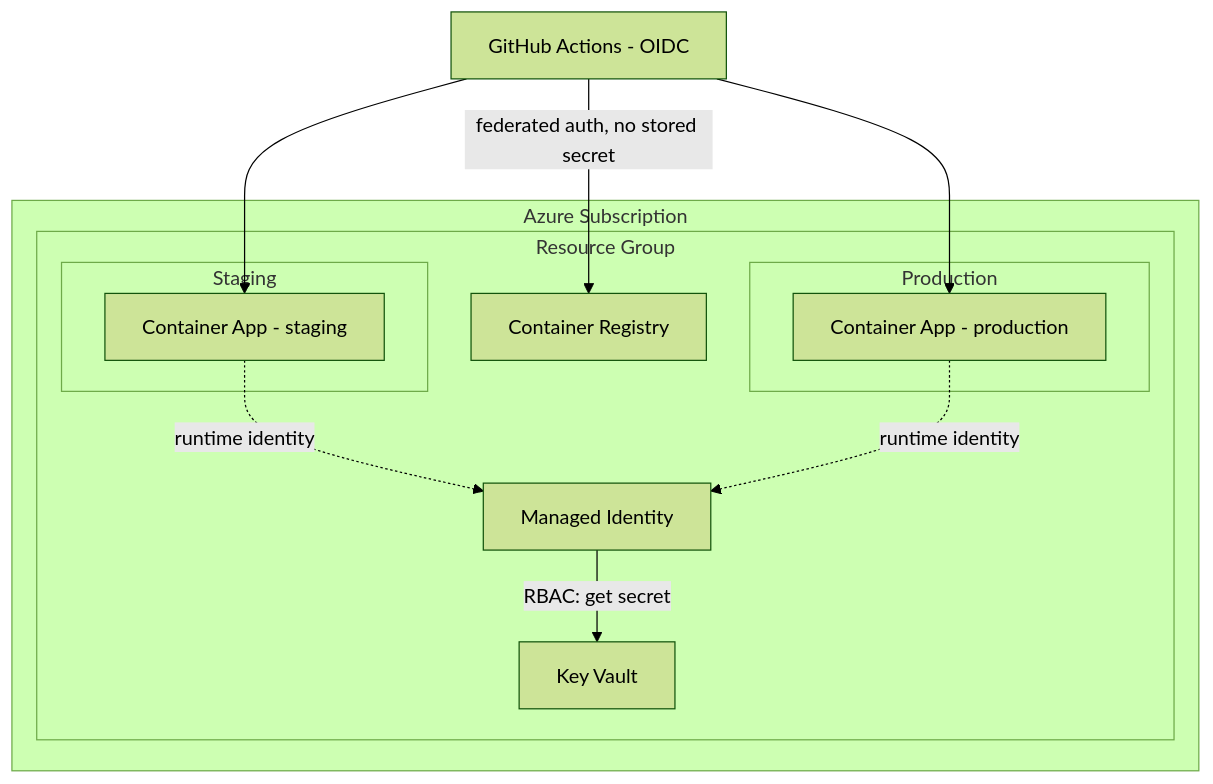
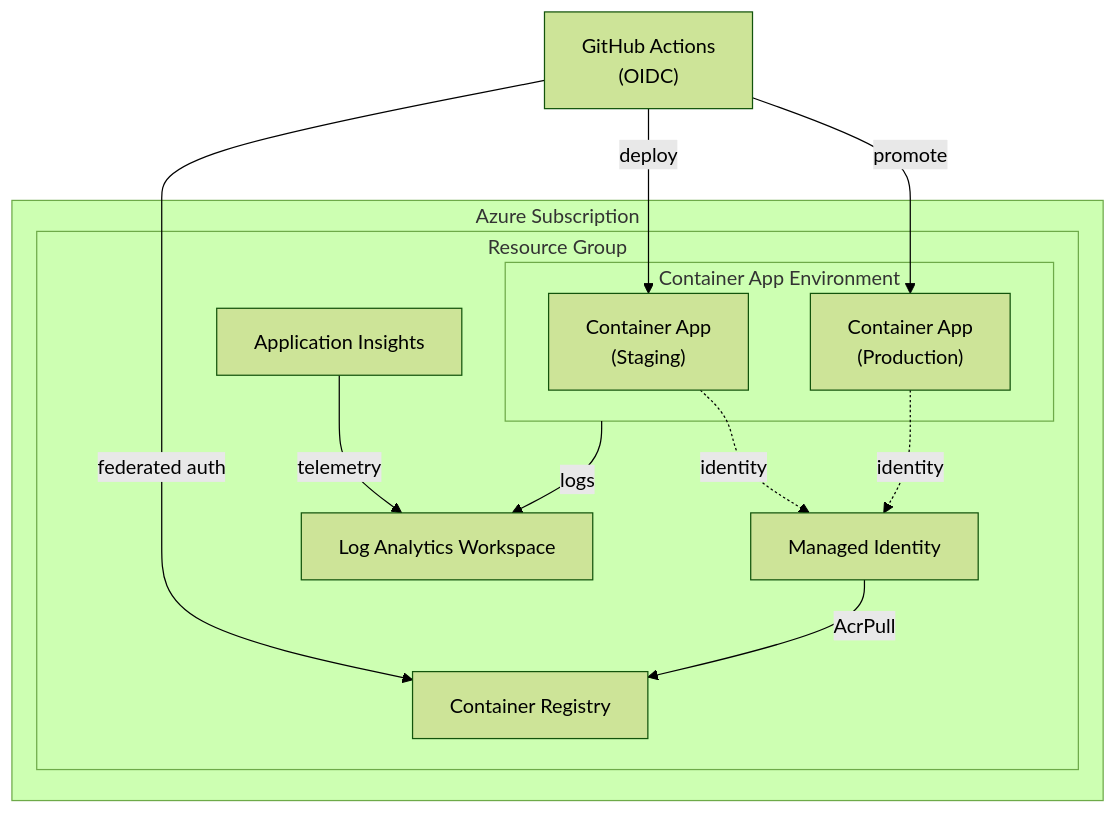
Before and after one commit to TechySan031/Production-GenAI-MLOps-Platform: the third of 3 diagrams in README.md, drawn with Mermaid (forest theme). The commit also changed other lines of this file and 32 other files, not shown here.

````diff
--- a/README.md
+++ b/README.md
@@ -130,22 +316,24 @@
 ```mermaid
 graph TB
-    subgraph Azure Subscription
-        subgraph Resource Group
-            ACR[Container Registry]
-            MI[Managed Identity]
-            KV[Key Vault]
-            subgraph Staging
-                CASTG[Container App - staging]
+    subgraph Azure["Azure Subscription"]
+        subgraph RG["Resource Group"]
+            ACR["Container Registry"]
+            MI["Managed Identity"]
+            subgraph CAE["Container App Environment"]
+                STG["Container App<br/>(Staging)"]
+                PROD["Container App<br/>(Production)"]
             end
-            subgraph Production
-                CAPROD[Container App - production]
-            end
+            LAW["Log Analytics Workspace"]
+            AI["Application Insights"]
         end
     end
-    GHA[GitHub Actions - OIDC] -->|federated auth, no stored secret| ACR
-    GHA --> CASTG
-    GHA --> CAPROD
-    MI -->|RBAC: get secret| KV
-    CASTG -.->|runtime identity| MI
-    CAPROD -.->|runtime identity| MI
+
+    GHA["GitHub Actions<br/>(OIDC)"] -->|"federated auth"| ACR
+    GHA -->|"deploy"| STG
+    GHA -->|"promote"| PROD
+    MI -->|"AcrPull"| ACR
+    STG -.->|"identity"| MI
+    PROD -.->|"identity"| MI
+    CAE -->|"logs"| LAW
+    AI -->|"telemetry"| LAW
 ```
````
